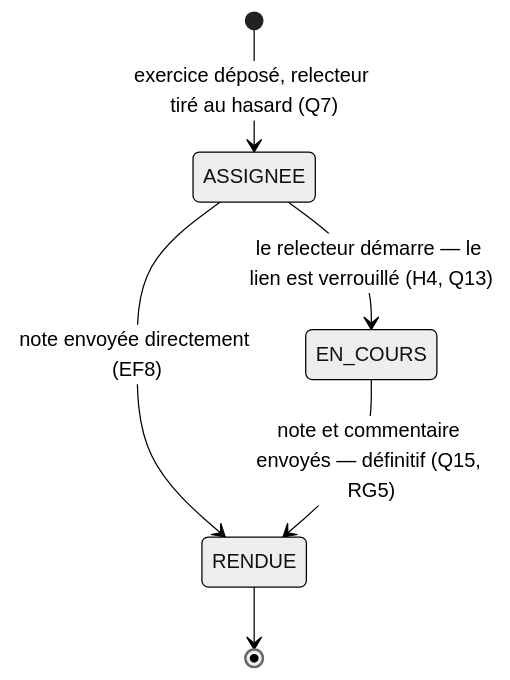
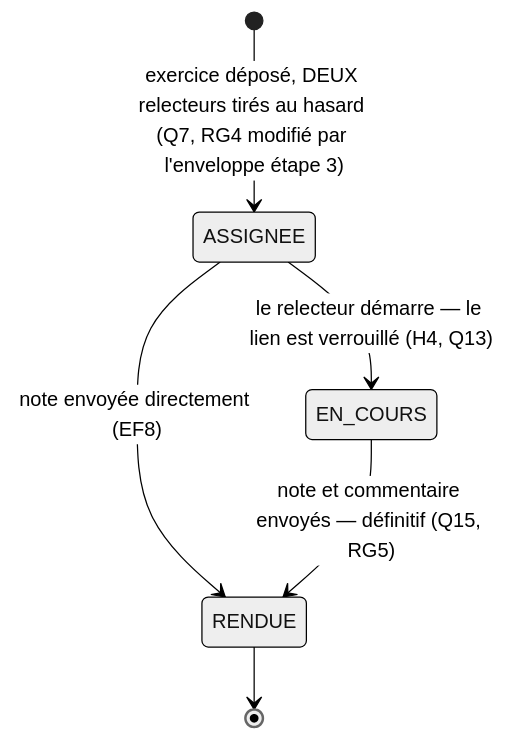
The second of 2 diagrams in docs/diagrammes/D4-etats-exercice.md (EssinoSamuel/kfokam48-epreuve-174), drawn with Mermaid (neutral theme) before and after one commit. The commit also changed other lines of this file and 3 other files, not shown here.

First line of the commit message:
docs(analyse): consequences de l'enveloppe etape 3 sur le cahier des charges

````diff
--- a/docs/diagrammes/D4-etats-exercice.md
+++ b/docs/diagrammes/D4-etats-exercice.md
@@ -27,8 +27,8 @@
 ```mermaid
 stateDiagram-v2
-    [*] --> ASSIGNEE : exercice déposé, relecteur tiré au hasard (Q7)
+    [*] --> ASSIGNEE : exercice déposé, DEUX relecteurs tirés au hasard (Q7, RG4 modifié par l'enveloppe étape 3)
     ASSIGNEE --> EN_COURS : le relecteur démarre — le lien est verrouillé (H4, Q13)
     ASSIGNEE --> RENDUE : note envoyée directement (EF8)
     EN_COURS --> RENDUE : note et commentaire envoyés — définitif (Q15, RG5)
     RENDUE --> [*]
 ```
````
